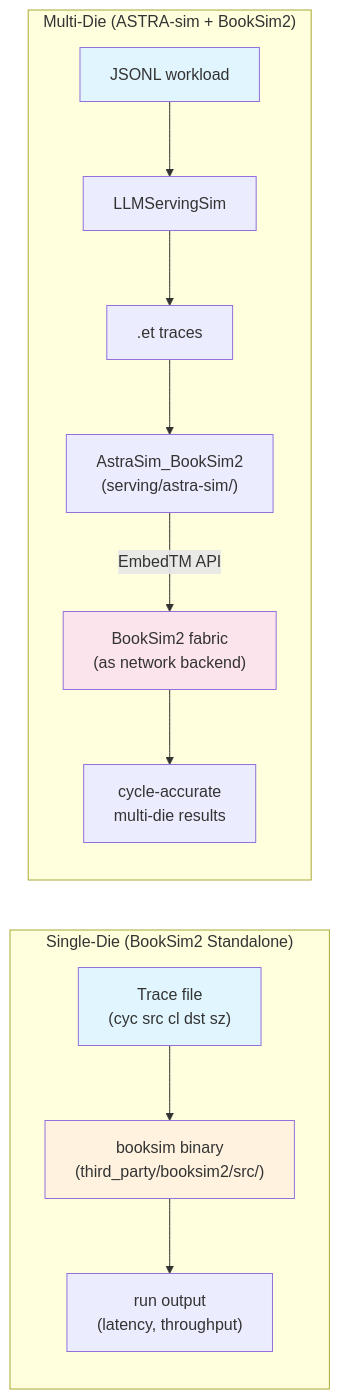
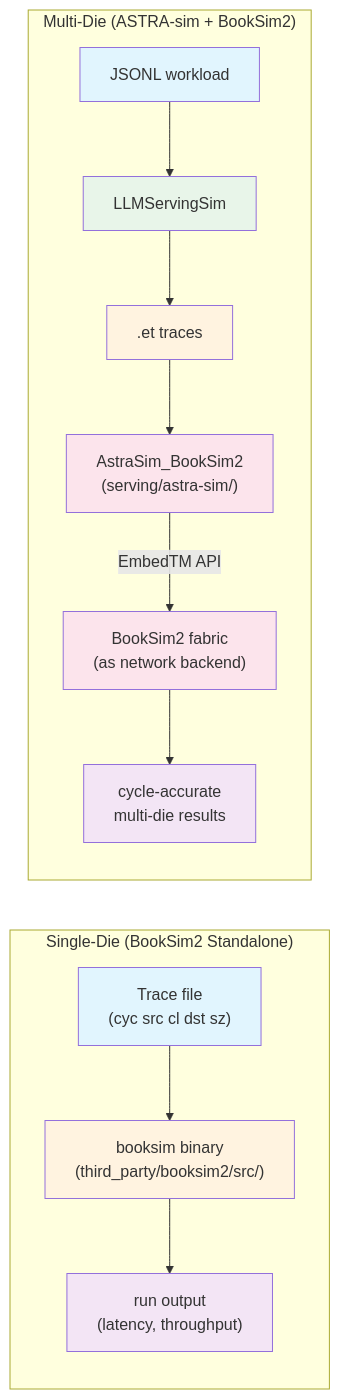
One commit to Anmol-S314/veritx-research changed the second of 5 diagrams in serving/README.md. Above: the diagram before and after it, drawn with Mermaid. The commit also changed other lines of this file and 1 other file, not shown here.

First line of the commit message:
docs: color-code all 22 Mermaid diagrams with consistent scheme

````diff
--- a/serving/README.md
+++ b/serving/README.md
@@ -79,20 +97,25 @@
 ```mermaid
 graph LR
     subgraph "Single-Die (BookSim2 Standalone)"
         TR1["Trace file<br/>(cyc src cl dst sz)"] --> BS1["booksim binary<br/>(third_party/booksim2/src/)"]
         BS1 --> R1["run output<br/>(latency, throughput)"]
     end
 
     subgraph "Multi-Die (ASTRA-sim + BookSim2)"
         WL2["JSONL workload"] --> LLMS["LLMServingSim"]
         LLMS --> ET2[".et traces"]
         ET2 --> ASTRA["AstraSim_BookSim2<br/>(serving/astra-sim/)"]
         ASTRA -->|"EmbedTM API"| BSF["BookSim2 fabric<br/>(as network backend)"]
         BSF --> R2["cycle-accurate<br/>multi-die results"]
     end
 
     style TR1 fill:#e1f5fe
+    style BS1 fill:#fff3e0
+    style R1 fill:#f3e5f5
     style WL2 fill:#e1f5fe
-    style BS1 fill:#fff3e0
+    style LLMS fill:#e8f5e9
+    style ET2 fill:#fff3e0
+    style ASTRA fill:#fce4ec
     style BSF fill:#fce4ec
+    style R2 fill:#f3e5f5
 ```
````
